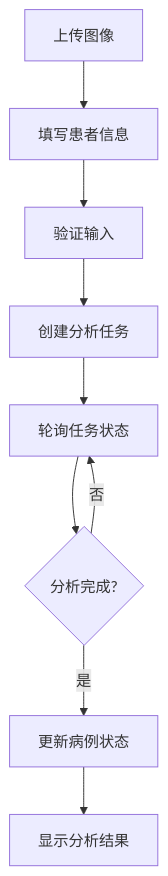
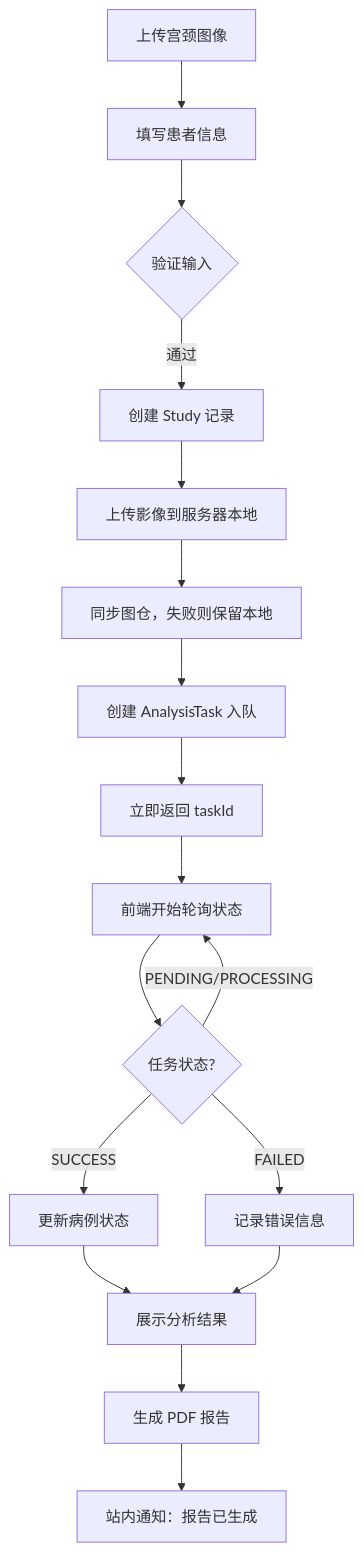
Before and after one commit to xingranya/CervixDetectAI: the third of 4 diagrams in wiki/系统概述.md, drawn with Mermaid. The commit also changed other lines of this file and 35 other files, not shown here.

First line of the commit message:
docs(readme): 优化并统一项目文档中的流程图与说明

````diff
--- a/wiki/系统概述.md
+++ b/wiki/系统概述.md
@@ -113,11 +125,19 @@
 ```mermaid
 flowchart TD
-A[上传图像] --> B[填写患者信息]
-B --> C[验证输入]
-C --> D[创建分析任务]
-D --> E[轮询任务状态]
-E --> F{分析完成?}
-F --> |是| G[更新病例状态]
-F --> |否| E
-G --> H[显示分析结果]
+    A[上传宫颈图像] --> B[填写患者信息]
+    B --> C{验证输入}
+    C -->|通过| D[创建 Study 记录]
+    D --> E[上传影像到服务器本地]
+    E --> F[同步图仓，失败则保留本地]
+    F --> G[创建 AnalysisTask 入队]
+    G --> H[立即返回 taskId]
+    H --> I[前端开始轮询状态]
+    I --> J{任务状态?}
+    J -->|PENDING/PROCESSING| I
+    J -->|SUCCESS| K[更新病例状态]
+    J -->|FAILED| L[记录错误信息]
+    K --> M[展示分析结果]
+    M --> N[生成 PDF 报告]
+    L --> M
+    N --> O[站内通知：报告已生成]
 ```
````
